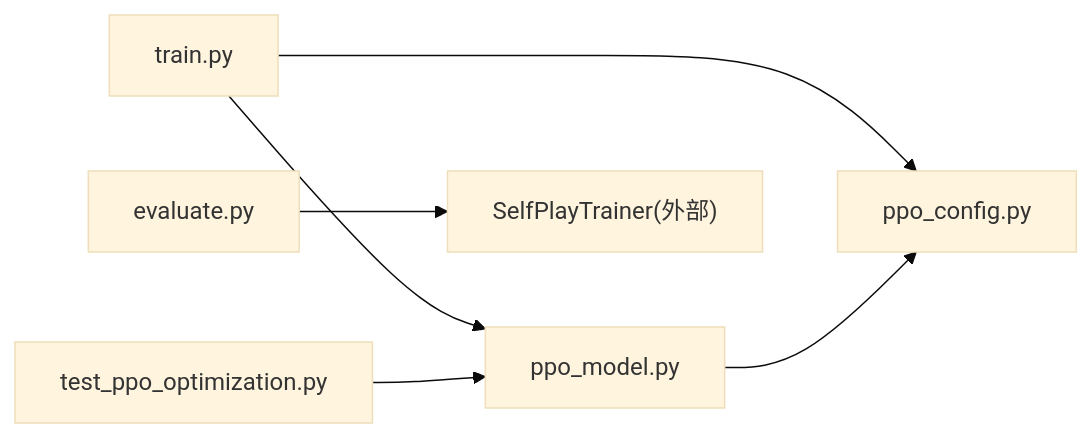
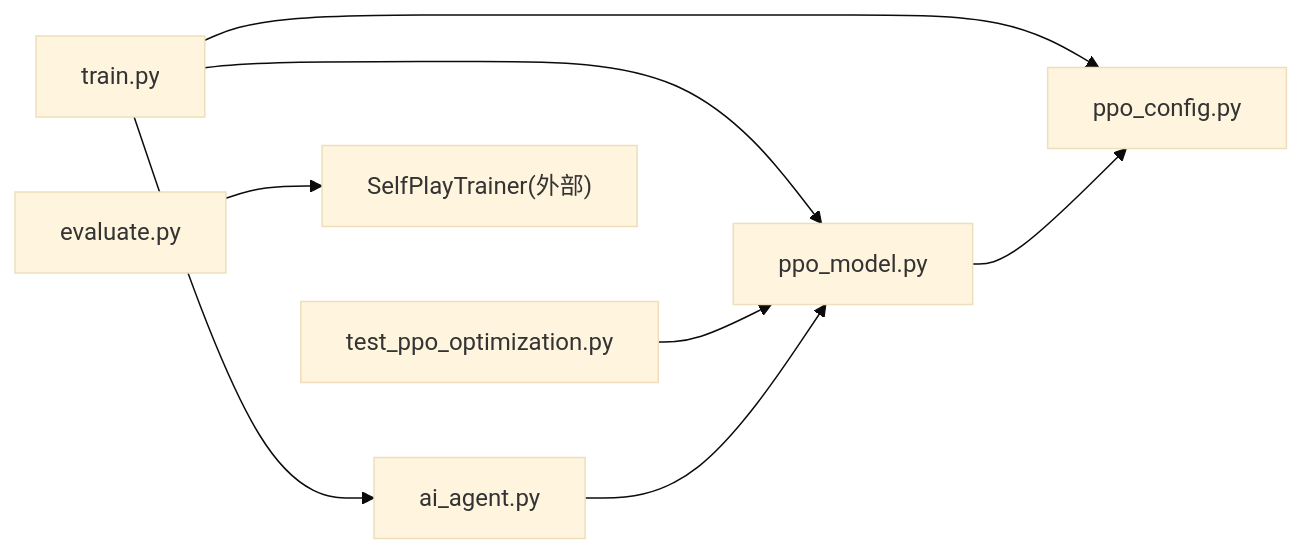
One commit to xiaoguo1987/testonew06 changed the seventh of 7 diagrams in .qoder/repowiki/zh/content/AI代理系统/PPO算法实现/优化特性与性能.md. Above: the diagram before and after it, drawn with Mermaid (base theme). The commit also changed other lines of this file and 12 other files, not shown here.

````diff
--- a/.qoder/repowiki/zh/content/AI代理系统/PPO算法实现/优化特性与性能.md
+++ b/.qoder/repowiki/zh/content/AI代理系统/PPO算法实现/优化特性与性能.md
@@ -305,8 +342,10 @@
 ```mermaid
 graph LR
 Train["train.py"] --> PPO["ppo_model.py"]
 Train --> Config["ppo_config.py"]
+Train --> Agent["ai_agent.py"]
 Test["test_ppo_optimization.py"] --> PPO
 Eval["evaluate.py"] --> Trainer["SelfPlayTrainer(外部)"]
 PPO --> Config
+Agent --> PPO
 ```
````
